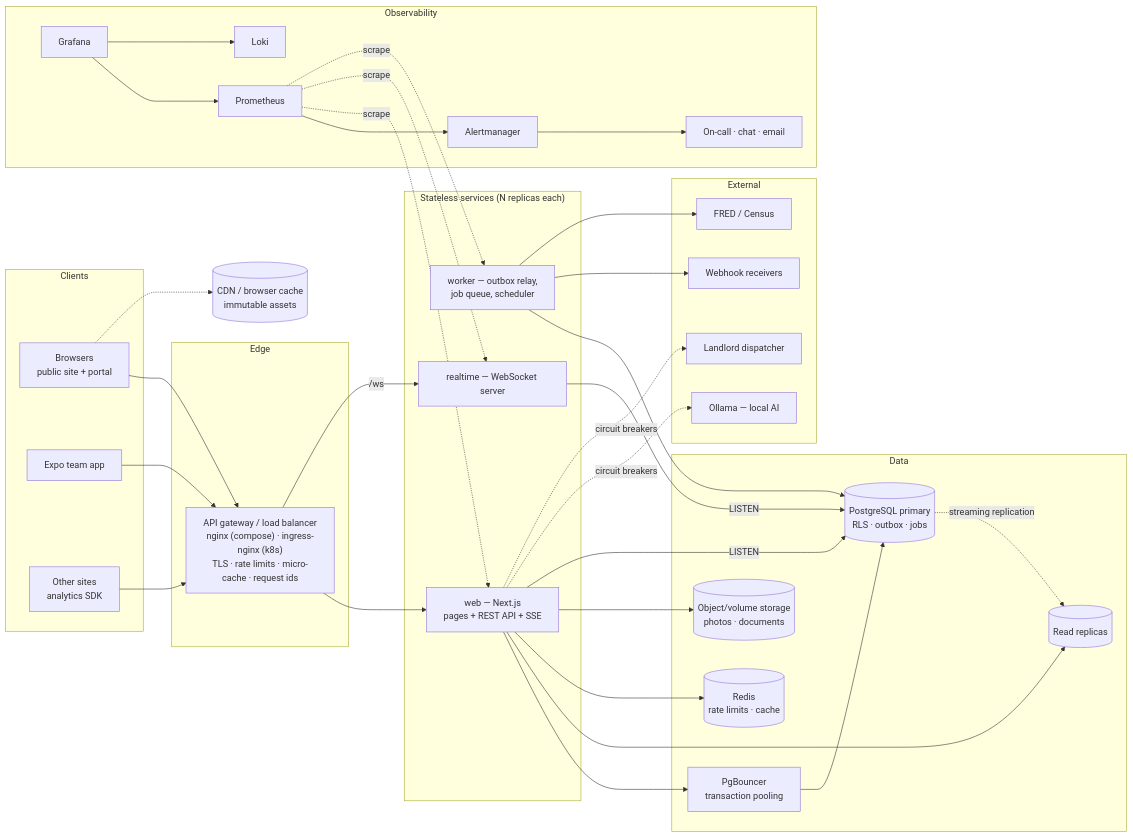
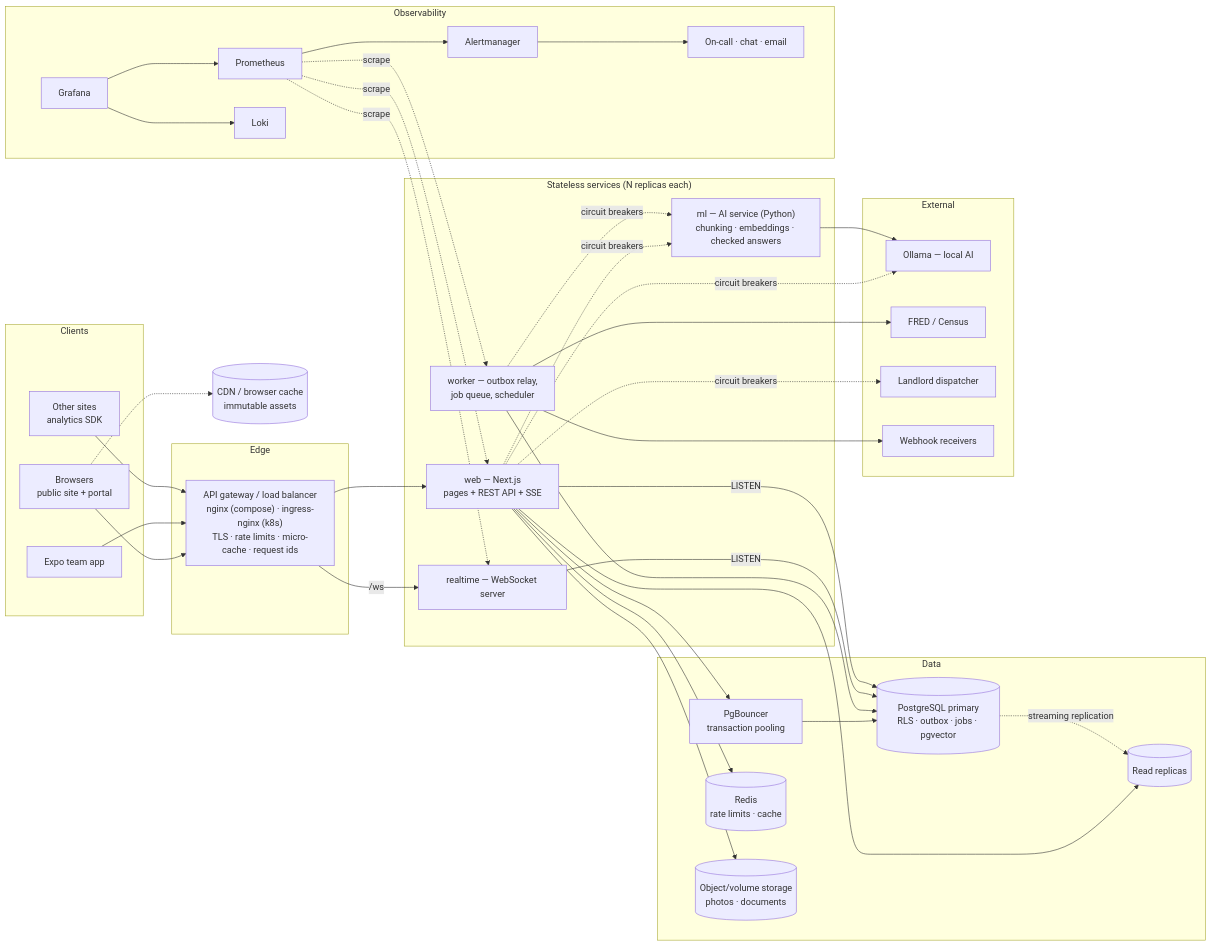
One commit to AkshaySaraf17/surette-nexus changed the first of 5 diagrams in docs/system-design.md. Above: the diagram before and after it, drawn with Mermaid. The commit also changed other lines of this file and 54 other files, not shown here.

First line of the commit message:
Add RAG document Q&A and semantic listing search with pgvector and a local AI service

````diff
--- a/docs/system-design.md
+++ b/docs/system-design.md
@@ -32,53 +32,56 @@
 ```mermaid
 flowchart LR
   subgraph Clients
     B[Browsers<br/>public site + portal]
     M[Expo team app]
     X[Other sites<br/>analytics SDK]
   end
   CDN[(CDN / browser cache<br/>immutable assets)]
   subgraph Edge
     GW["API gateway / load balancer<br/>nginx (compose) · ingress-nginx (k8s)<br/>TLS · rate limits · micro-cache · request ids"]
   end
   subgraph App["Stateless services (N replicas each)"]
     WEB["web — Next.js<br/>pages + REST API + SSE"]
     RT["realtime — WebSocket server"]
     WK["worker — outbox relay,<br/>job queue, scheduler"]
+    ML["ml — AI service (Python)<br/>chunking · embeddings · checked answers"]
   end
   subgraph Data
     PGB[PgBouncer<br/>transaction pooling]
-    PG[(PostgreSQL primary<br/>RLS · outbox · jobs)]
+    PG[(PostgreSQL primary<br/>RLS · outbox · jobs · pgvector)]
     PGR[(Read replicas)]
     R[(Redis<br/>rate limits · cache)]
     S[(Object/volume storage<br/>photos · documents)]
   end
   subgraph External
     O[Ollama — local AI]
     F[FRED / Census]
     D[Landlord dispatcher]
     W[Webhook receivers]
   end
   subgraph Obs[Observability]
     P[Prometheus] --> AM[Alertmanager] --> N[On-call · chat · email]
     G[Grafana]
     L[Loki]
   end
 
   B & M & X --> GW
   B -.-> CDN
   GW --> WEB
   GW -- /ws --> RT
   WEB --> PGB --> PG
   WEB --> PGR
   WEB --> R
   WEB --> S
   WK --> PG
   WK --> W
   WK --> F
   RT -- LISTEN --> PG
   WEB -- LISTEN --> PG
   PG -. streaming replication .-> PGR
   WEB -. circuit breakers .-> O & D
+  WEB & WK -. circuit breakers .-> ML
+  ML --> O
   P -. scrape .-> WEB & RT & WK
   G --> P & L
 ```
````
